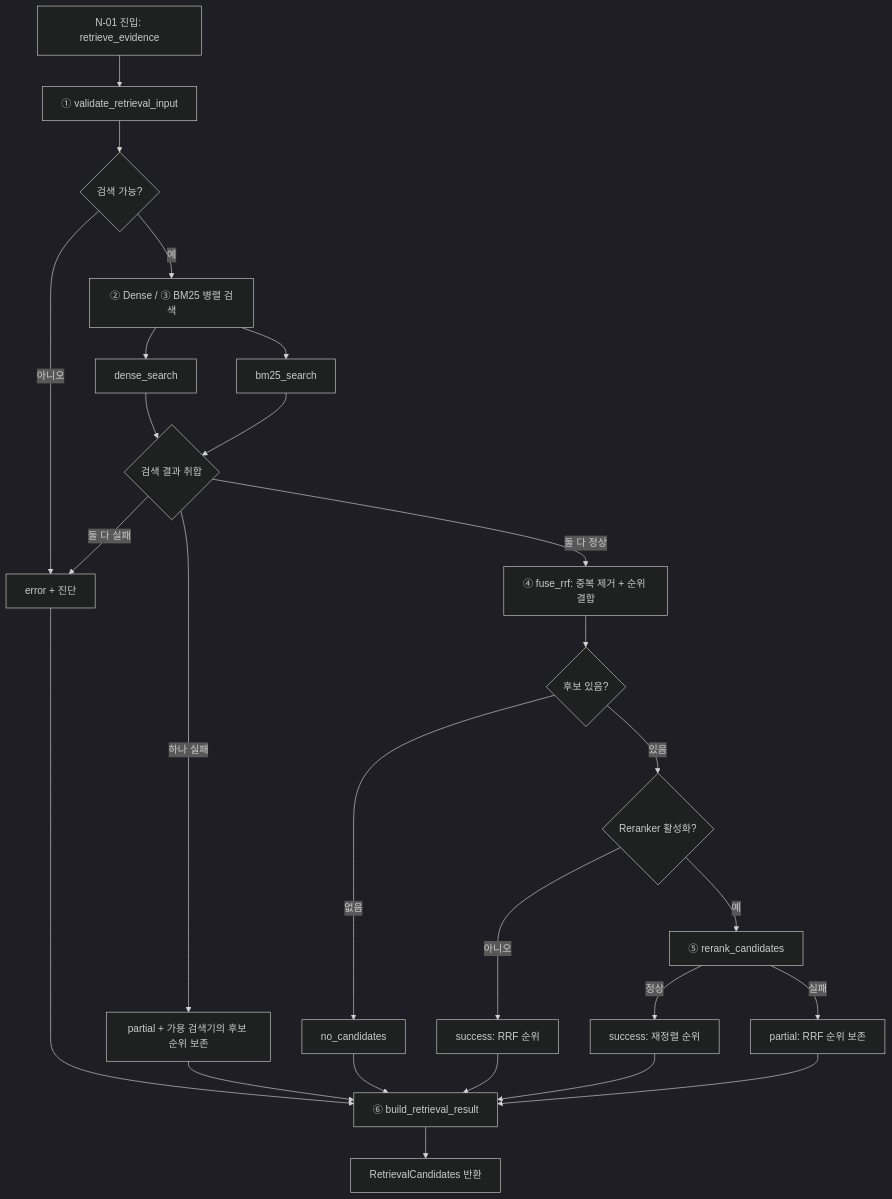
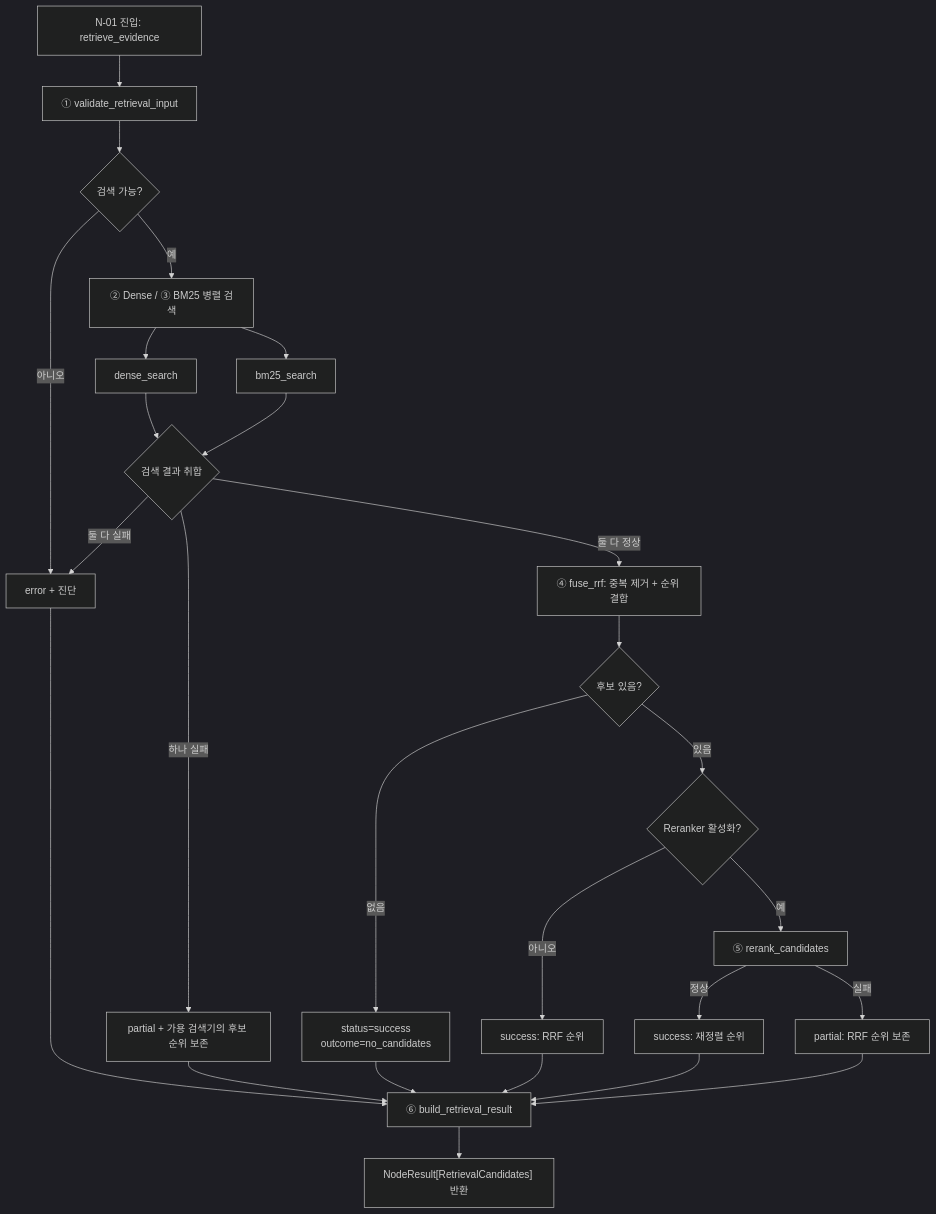
Before and after one commit to Jungminii-1114/P_Project_t5: the diagram in docs/small-nodes/N-01.md, drawn with Mermaid (dark theme). The commit also changed other lines of this file and 3 other files, not shown here.

Commit message:
docs: finalize shared Small Node result and partial-failure diagnostics contract

````diff
--- a/docs/small-nodes/N-01.md
+++ b/docs/small-nodes/N-01.md
@@ -50,28 +50,28 @@
 ```mermaid
 flowchart TD
     A["N-01 진입: retrieve_evidence"] --> B["① validate_retrieval_input"]
     B --> C{"검색 가능?"}
     C -->|아니오| X["error + 진단"]
     C -->|예| P["② Dense / ③ BM25 병렬 검색"]
     P --> D["dense_search"]
     P --> E["bm25_search"]
     D --> F{"검색 결과 취합"}
     E --> F
     F -->|둘 다 실패| X
     F -->|하나 실패| PF["partial + 가용 검색기의 후보 순위 보존"]
     F -->|둘 다 정상| G["④ fuse_rrf: 중복 제거 + 순위 결합"]
     G --> H{"후보 있음?"}
-    H -->|없음| Z["no_candidates"]
+    H -->|없음| Z["status=success<br/>outcome=no_candidates"]
     H -->|있음| I{"Reranker 활성화?"}
     I -->|아니오| S["success: RRF 순위"]
     I -->|예| J["⑤ rerank_candidates"]
     J -->|정상| S2["success: 재정렬 순위"]
     J -->|실패| RF["partial: RRF 순위 보존"]
     PF --> O["⑥ build_retrieval_result"]
     Z --> O
     S --> O
     S2 --> O
     RF --> O
     X --> O
-    O --> R["RetrievalCandidates 반환"]
+    O --> R["NodeResult[RetrievalCandidates] 반환"]
 ```
````
